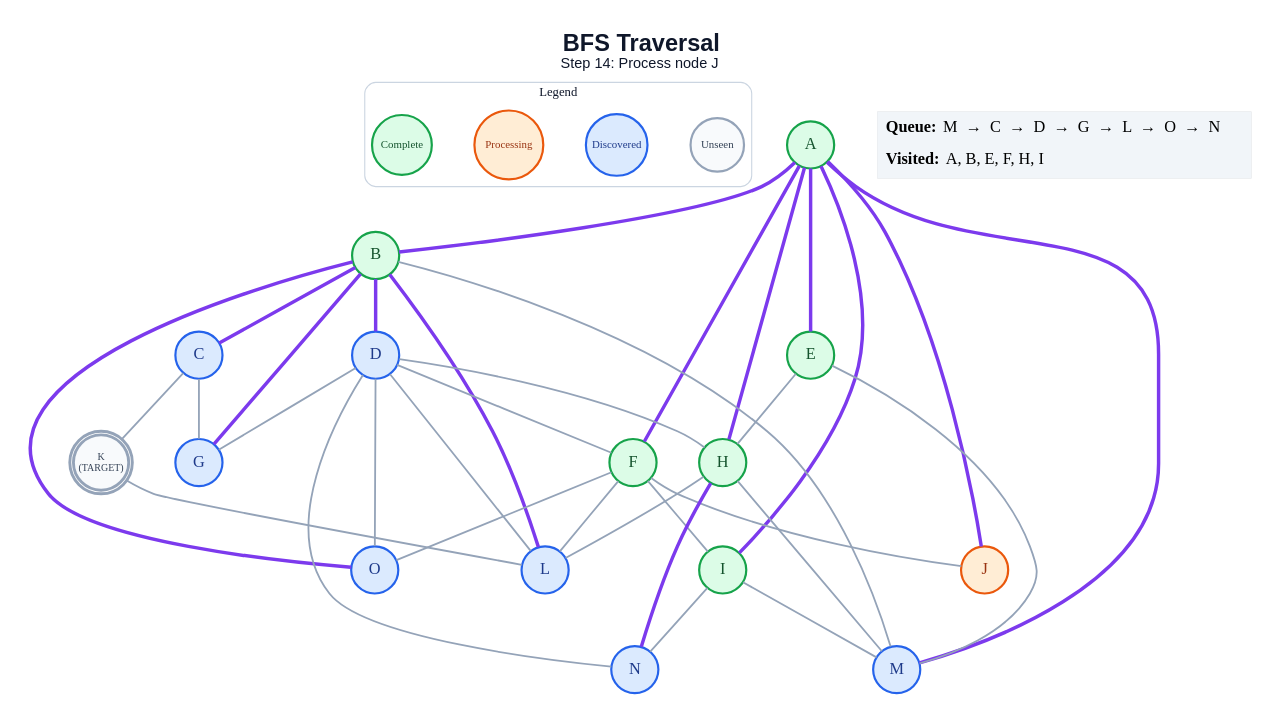
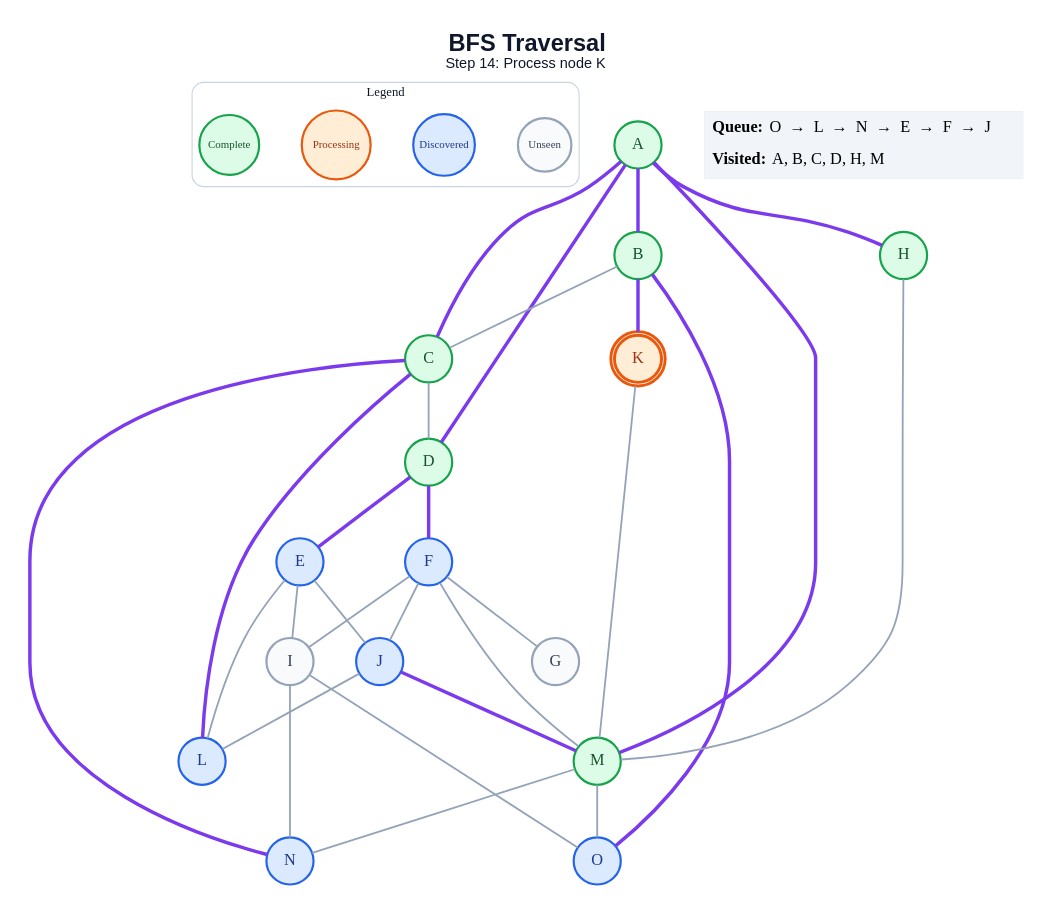
The diagram in generated/specific-node/bfs/step_14.dot (anon7238593-create/ai-slop), drawn with Graphviz before and after one commit. The commit also changed 241 other files, not shown here.

```diff
--- a/generated/specific-node/bfs/step_14.dot
+++ b/generated/specific-node/bfs/step_14.dot
@@ -1,67 +1,62 @@
 graph traversal {
   graph [layout=dot, rankdir=TB, bgcolor="#FFFFFF", pad="0.35", nodesep="0.65", ranksep="0.8", fontname="Arial"];
   node [shape=circle, style="filled", fontname="Arial Bold", fontsize=18, width=0.72, fixedsize=true, penwidth=2.4];
   edge [color="#94A3B8", penwidth=2.0];
-  label=<<B>BFS Traversal</B><BR/><FONT POINT-SIZE="16">Step 14: Process node J</FONT>>; labelloc="t"; fontsize=26; fontname="Arial"; fontcolor="#0F172A";
+  label=<<B>BFS Traversal</B><BR/><FONT POINT-SIZE="16">Step 14: Process node K</FONT>>; labelloc="t"; fontsize=26; fontname="Arial"; fontcolor="#0F172A";
   subgraph cluster_legend { label="Legend"; color="#CBD5E1"; penwidth=1.2; style="rounded"; fontsize=14; fontname="Arial Bold";
     key_unseen [label="Unseen", fillcolor="#F8FAFC", color="#94A3B8", fontcolor="#334155", fontsize=12, width=0.82];
     key_frontier [label="Discovered", fillcolor="#DBEAFE", color="#2563EB", fontcolor="#1E3A8A", fontsize=12, width=0.95];
     key_current [label="Processing", fillcolor="#FFEDD5", color="#EA580C", fontcolor="#9A3412", fontsize=12, width=1.05];
     key_done [label="Complete", fillcolor="#DCFCE7", color="#16A34A", fontcolor="#14532D", fontsize=12, width=0.92];
     { rank=same; key_unseen; key_frontier; key_current; key_done; }
   }
   A [label="A", fillcolor="#DCFCE7", color="#16A34A", fontcolor="#14532D", peripheries=1, penwidth=2.4];
   B [label="B", fillcolor="#DCFCE7", color="#16A34A", fontcolor="#14532D", peripheries=1, penwidth=2.4];
-  C [label="C", fillcolor="#DBEAFE", color="#2563EB", fontcolor="#1E3A8A", peripheries=1, penwidth=2.4];
-  D [label="D", fillcolor="#DBEAFE", color="#2563EB", fontcolor="#1E3A8A", peripheries=1, penwidth=2.4];
-  E [label="E", fillcolor="#DCFCE7", color="#16A34A", fontcolor="#14532D", peripheries=1, penwidth=2.4];
-  F [label="F", fillcolor="#DCFCE7", color="#16A34A", fontcolor="#14532D", peripheries=1, penwidth=2.4];
-  G [label="G", fillcolor="#DBEAFE", color="#2563EB", fontcolor="#1E3A8A", peripheries=1, penwidth=2.4];
+  C [label="C", fillcolor="#DCFCE7", color="#16A34A", fontcolor="#14532D", peripheries=1, penwidth=2.4];
+  D [label="D", fillcolor="#DCFCE7", color="#16A34A", fontcolor="#14532D", peripheries=1, penwidth=2.4];
+  E [label="E", fillcolor="#DBEAFE", color="#2563EB", fontcolor="#1E3A8A", peripheries=1, penwidth=2.4];
+  F [label="F", fillcolor="#DBEAFE", color="#2563EB", fontcolor="#1E3A8A", peripheries=1, penwidth=2.4];
+  G [label="G", fillcolor="#F8FAFC", color="#94A3B8", fontcolor="#334155", peripheries=1, penwidth=2.4];
   H [label="H", fillcolor="#DCFCE7", color="#16A34A", fontcolor="#14532D", peripheries=1, penwidth=2.4];
-  I [label="I", fillcolor="#DCFCE7", color="#16A34A", fontcolor="#14532D", peripheries=1, penwidth=2.4];
-  J [label="J", fillcolor="#FFEDD5", color="#EA580C", fontcolor="#9A3412", peripheries=1, penwidth=2.4];
-  K [label="K\n(TARGET)", fillcolor="#F8FAFC", color="#94A3B8", fontcolor="#334155", peripheries=2, penwidth=3.2, fontsize=11, width=0.85, height=0.85];
+  I [label="I", fillcolor="#F8FAFC", color="#94A3B8", fontcolor="#334155", peripheries=1, penwidth=2.4];
+  J [label="J", fillcolor="#DBEAFE", color="#2563EB", fontcolor="#1E3A8A", peripheries=1, penwidth=2.4];
+  K [label="K", fillcolor="#FFEDD5", color="#EA580C", fontcolor="#9A3412", peripheries=2, penwidth=3.2];
   L [label="L", fillcolor="#DBEAFE", color="#2563EB", fontcolor="#1E3A8A", peripheries=1, penwidth=2.4];
-  M [label="M", fillcolor="#DBEAFE", color="#2563EB", fontcolor="#1E3A8A", peripheries=1, penwidth=2.4];
+  M [label="M", fillcolor="#DCFCE7", color="#16A34A", fontcolor="#14532D", peripheries=1, penwidth=2.4];
   N [label="N", fillcolor="#DBEAFE", color="#2563EB", fontcolor="#1E3A8A", peripheries=1, penwidth=2.4];
   O [label="O", fillcolor="#DBEAFE", color="#2563EB", fontcolor="#1E3A8A", peripheries=1, penwidth=2.4];
   A -- B [color="#7C3AED", penwidth=3.8];
-  A -- E [color="#7C3AED", penwidth=3.8];
-  A -- F [color="#7C3AED", penwidth=3.8];
+  A -- C [color="#7C3AED", penwidth=3.8];
+  A -- D [color="#7C3AED", penwidth=3.8];
   A -- H [color="#7C3AED", penwidth=3.8];
-  A -- I [color="#7C3AED", penwidth=3.8];
-  A -- J [color="#7C3AED", penwidth=3.8];
   A -- M [color="#7C3AED", penwidth=3.8];
-  B -- C [color="#7C3AED", penwidth=3.8];
-  B -- D [color="#7C3AED", penwidth=3.8];
-  B -- G [color="#7C3AED", penwidth=3.8];
-  B -- L [color="#7C3AED", penwidth=3.8];
-  B -- M;
+  B -- C;
+  B -- K [color="#7C3AED", penwidth=3.8];
   B -- O [color="#7C3AED", penwidth=3.8];
-  C -- G;
-  C -- K;
-  D -- F;
-  D -- G;
-  D -- H;
-  D -- L;
-  D -- N;
-  D -- O;
-  E -- H;
-  E -- M;
+  C -- D;
+  C -- L [color="#7C3AED", penwidth=3.8];
+  C -- N [color="#7C3AED", penwidth=3.8];
+  D -- E [color="#7C3AED", penwidth=3.8];
+  D -- F [color="#7C3AED", penwidth=3.8];
+  E -- I;
+  E -- J;
+  E -- L;
+  F -- G;
   F -- I;
   F -- J;
-  F -- L;
-  F -- O;
-  H -- L;
+  F -- M;
   H -- M;
-  H -- N [color="#7C3AED", penwidth=3.8];
-  I -- M;
   I -- N;
-  K -- L;
+  I -- O;
+  J -- L;
+  J -- M [color="#7C3AED", penwidth=3.8];
+  K -- M;
+  M -- N;
+  M -- O;
   status [shape=plain, fixedsize=false, width=0, height=0, margin=0, label=<
     <TABLE BORDER="0" CELLBORDER="0" CELLPADDING="7" BGCOLOR="#F1F5F9">
-      <TR><TD ALIGN="LEFT"><B>Queue:</B> M  →  C  →  D  →  G  →  L  →  O  →  N</TD></TR>
-      <TR><TD ALIGN="LEFT"><B>Visited:</B> A, B, E, F, H, I</TD></TR>
+      <TR><TD ALIGN="LEFT"><B>Queue:</B> O  →  L  →  N  →  E  →  F  →  J</TD></TR>
+      <TR><TD ALIGN="LEFT"><B>Visited:</B> A, B, C, D, H, M</TD></TR>
     </TABLE>
   >];
 }
```
